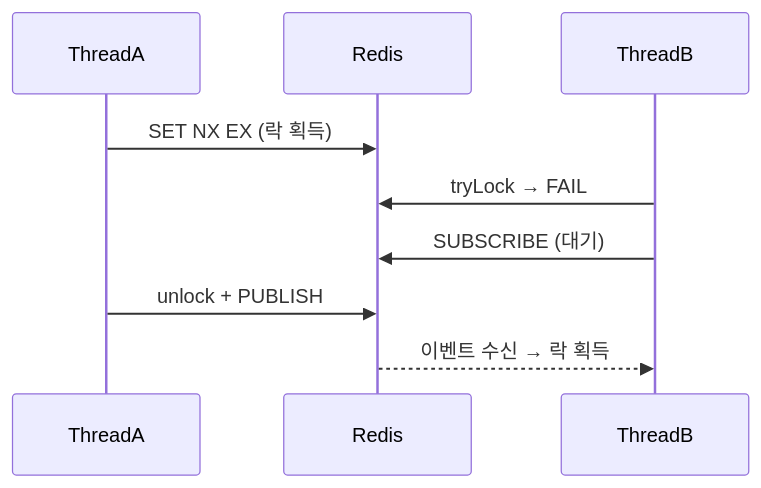
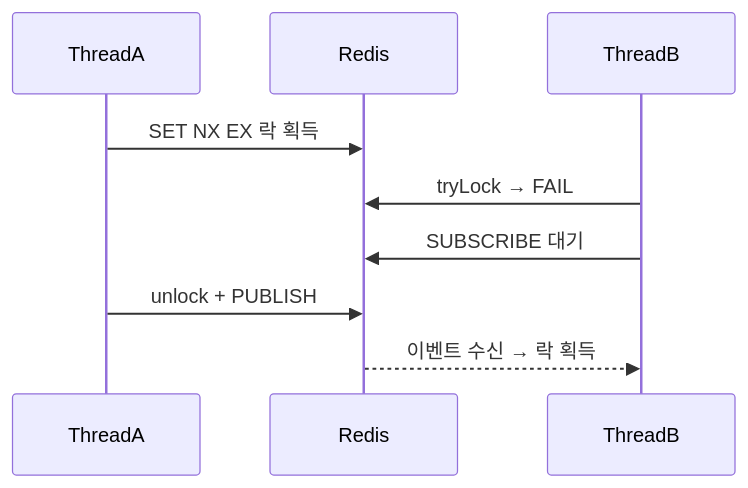
One commit to yjkim2015/yjkim2015.github.io changed the fifth of 15 diagrams in _posts/redis/2026-05-01-redis-distributed-lock.md. Above: the diagram before and after it, drawn with Mermaid. The commit also changed other lines of this file and 85 other files, not shown here.

First line of the commit message:
sequenceDiagram 문법 에러 2차 수정 169개 (86파일)

````diff
--- a/_posts/redis/2026-05-01-redis-distributed-lock.md
+++ b/_posts/redis/2026-05-01-redis-distributed-lock.md
@@ -323,8 +323,8 @@
 ```mermaid
 sequenceDiagram
-    ThreadA->>Redis: SET NX EX (락 획득)
+    ThreadA->>Redis: SET NX EX 락 획득
     ThreadB->>Redis: tryLock → FAIL
-    ThreadB->>Redis: SUBSCRIBE (대기)
+    ThreadB->>Redis: SUBSCRIBE 대기
     ThreadA->>Redis: unlock + PUBLISH
     Redis-->>ThreadB: 이벤트 수신 → 락 획득
 ```
````
